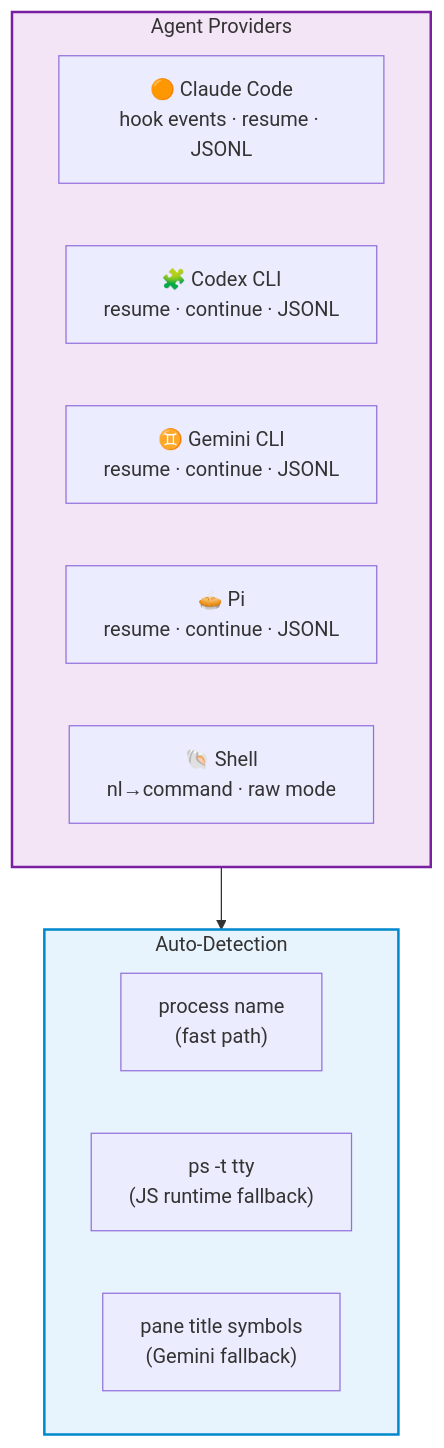
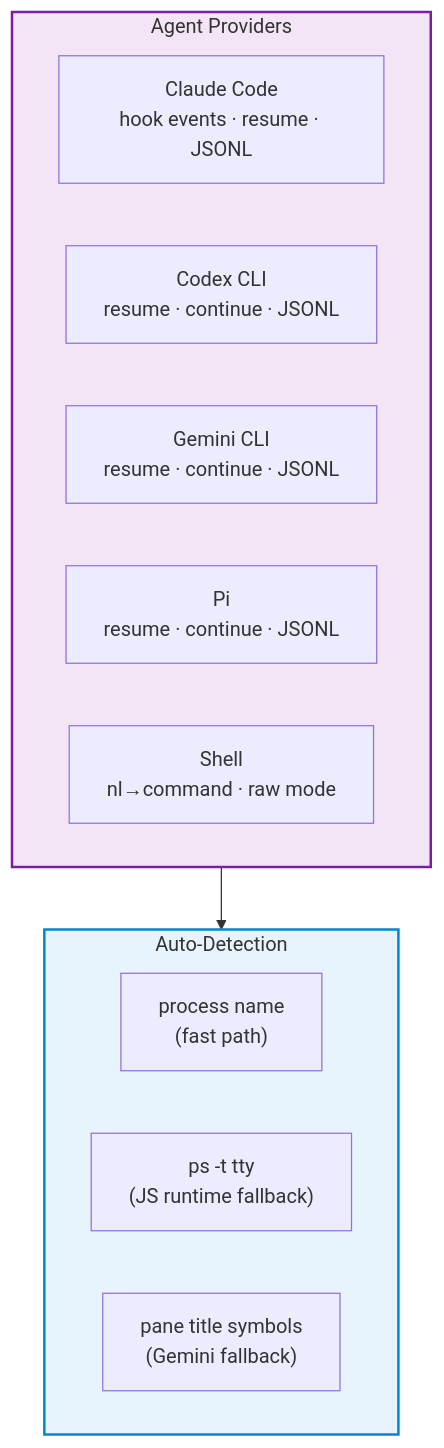
One commit to legale/ccgram changed the second of 3 diagrams in README.md. Above: the diagram before and after it, drawn with Mermaid. The commit also changed other lines of this file and 79 other files, not shown here.

````diff
--- a/README.md
+++ b/README.md
@@ -107,22 +106,22 @@
 ```mermaid
 graph TB
   subgraph providers["Agent Providers"]
     direction LR
-    C["🟠 Claude Code\nhook events · resume · JSONL"]
-    X["🧩 Codex CLI\nresume · continue · JSONL"]
-    G["♊ Gemini CLI\nresume · continue · JSONL"]
-    P["🥧 Pi\nresume · continue · JSONL"]
-    S["🐚 Shell\nnl→command · raw mode"]
+    C["Claude Code\nhook events · resume · JSONL"]
+    X["Codex CLI\nresume · continue · JSONL"]
+    G["Gemini CLI\nresume · continue · JSONL"]
+    P["Pi\nresume · continue · JSONL"]
+    S["Shell\nnl→command · raw mode"]
   end
 
   subgraph detection["Auto-Detection"]
     D1["process name\n(fast path)"]
     D2["ps -t tty\n(JS runtime fallback)"]
     D3["pane title symbols\n(Gemini fallback)"]
   end
 
   providers --> detection
 
   style providers fill:#f3e5f5,stroke:#7b1fa2,stroke-width:2px,color:#333
   style detection fill:#e8f4fd,stroke:#0088cc,stroke-width:2px,color:#333
 ```
````
